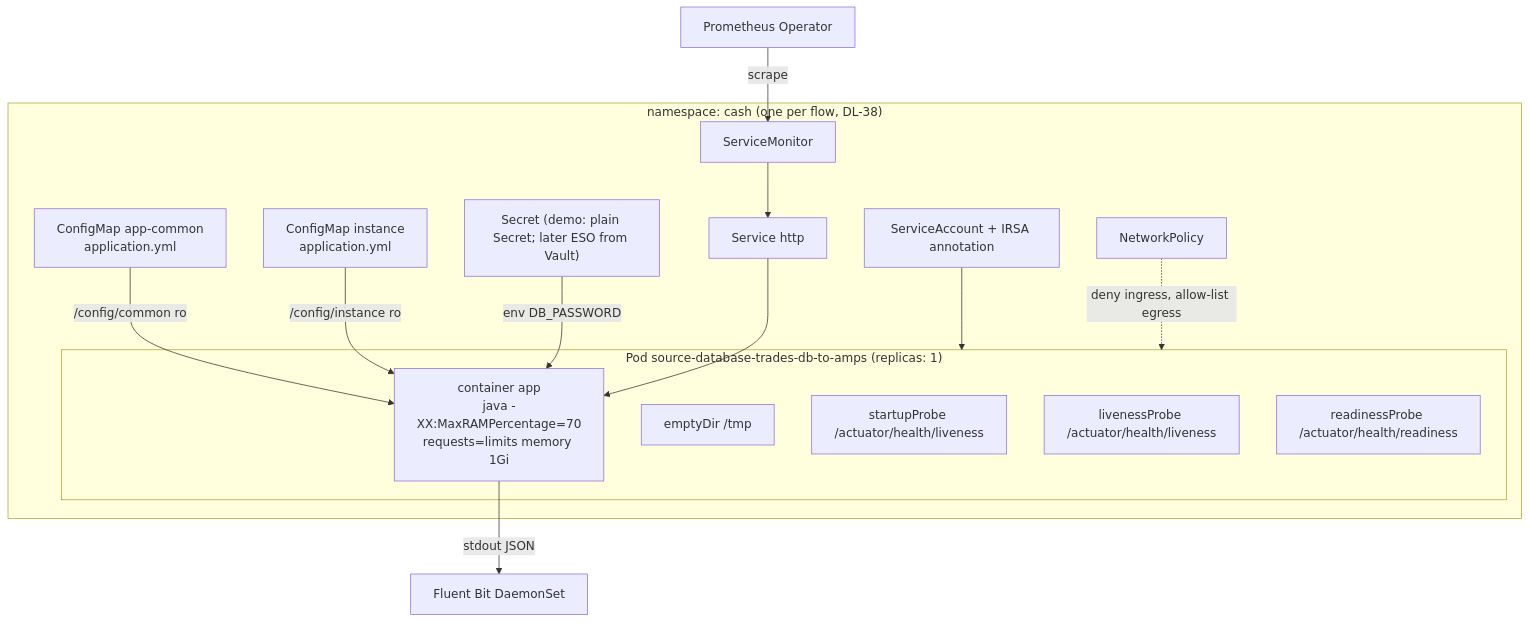
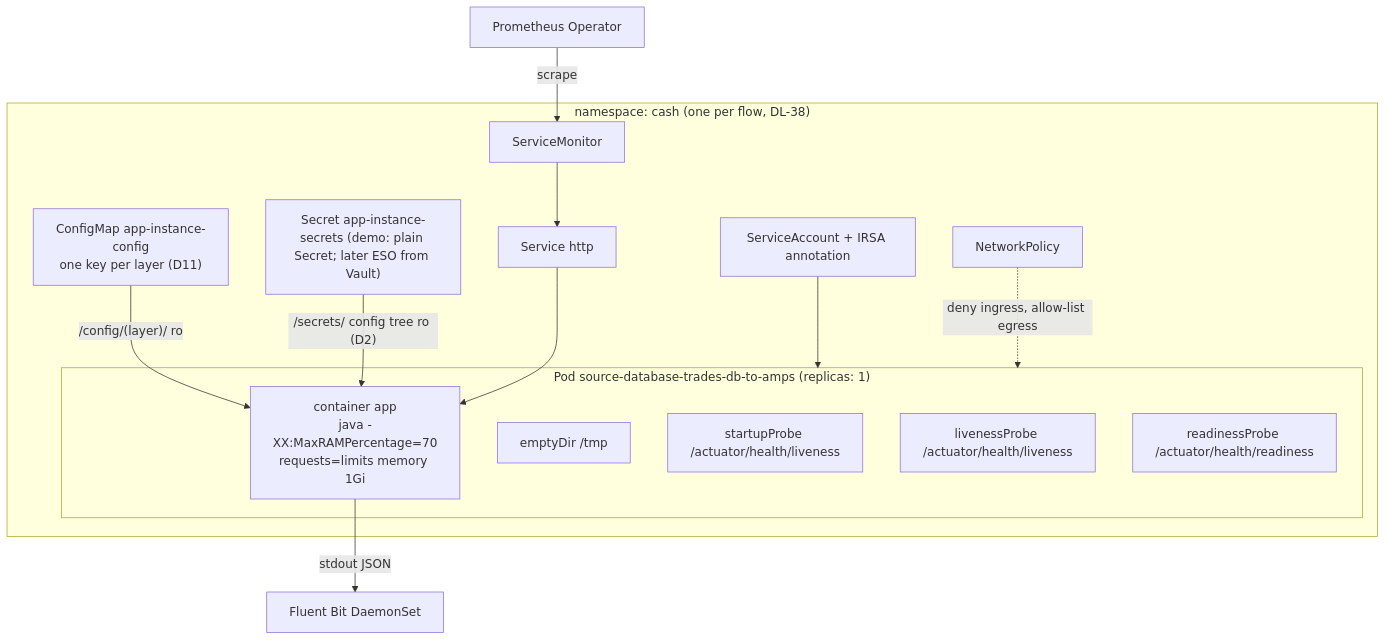
Before and after one commit to crazymatthsu/github-demo: the first of 5 diagrams in docs/06-runtime-operations.md, drawn with Mermaid. The commit also changed other lines of this file and 5 other files, not shown here.

````diff
--- a/docs/06-runtime-operations.md
+++ b/docs/06-runtime-operations.md
@@ -331,30 +331,28 @@
 ```mermaid
 flowchart TB
   subgraph NS["namespace: cash (one per flow, DL-38)"]
     subgraph POD["Pod source-database-trades-db-to-amps (replicas: 1)"]
       APP["container app<br/>java -XX:MaxRAMPercentage=70<br/>requests=limits memory 1Gi"]
       TMP["emptyDir /tmp"]
       SP["startupProbe /actuator/health/liveness"]
       LP["livenessProbe /actuator/health/liveness"]
       RP["readinessProbe /actuator/health/readiness"]
     end
-    CMC["ConfigMap app-common<br/>application.yml"]
-    CMI["ConfigMap instance<br/>application.yml"]
-    SEC["Secret (demo: plain Secret; later ESO from Vault)"]
+    CM["ConfigMap app-instance-config<br/>one key per layer (D11)"]
+    SEC["Secret app-instance-secrets (demo: plain Secret; later ESO from Vault)"]
     SA["ServiceAccount + IRSA annotation"]
     SVC["Service http"]
     SM["ServiceMonitor"]
     NP["NetworkPolicy"]
   end
   FB["Fluent Bit DaemonSet"]
   PROM["Prometheus Operator"]
-  CMC -- "/config/common ro" --> APP
-  CMI -- "/config/instance ro" --> APP
-  SEC -- "env DB_PASSWORD" --> APP
+  CM -- "/config/(layer)/ ro" --> APP
+  SEC -- "/secrets/ config tree ro (D2)" --> APP
   SA --> POD
   SVC --> APP
   SM --> SVC
   PROM -- scrape --> SM
   APP -- "stdout JSON" --> FB
   NP -. "deny ingress, allow-list egress" .-> POD
 ```
````
